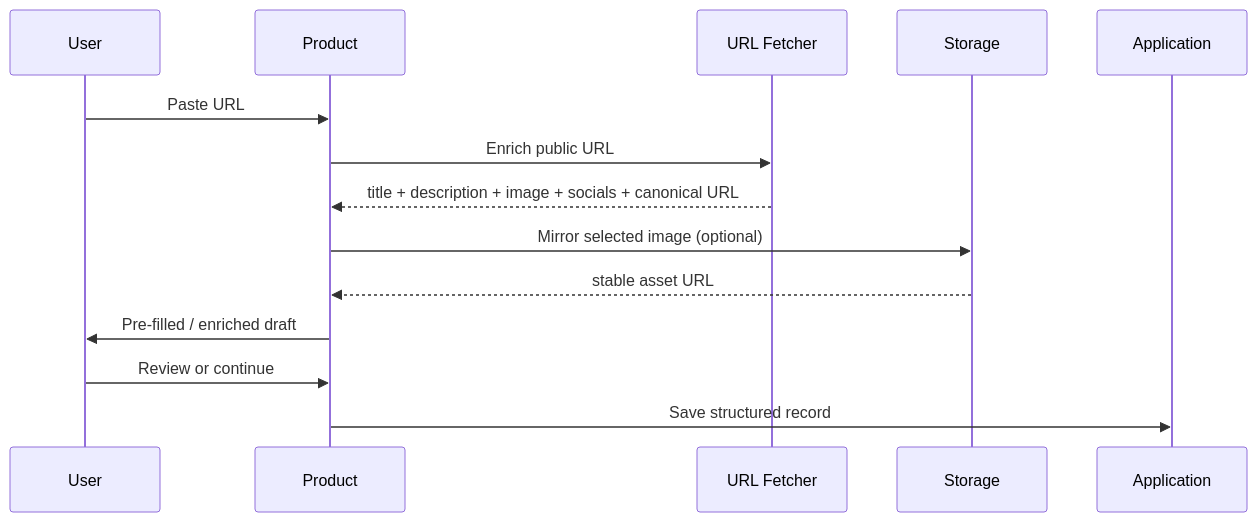
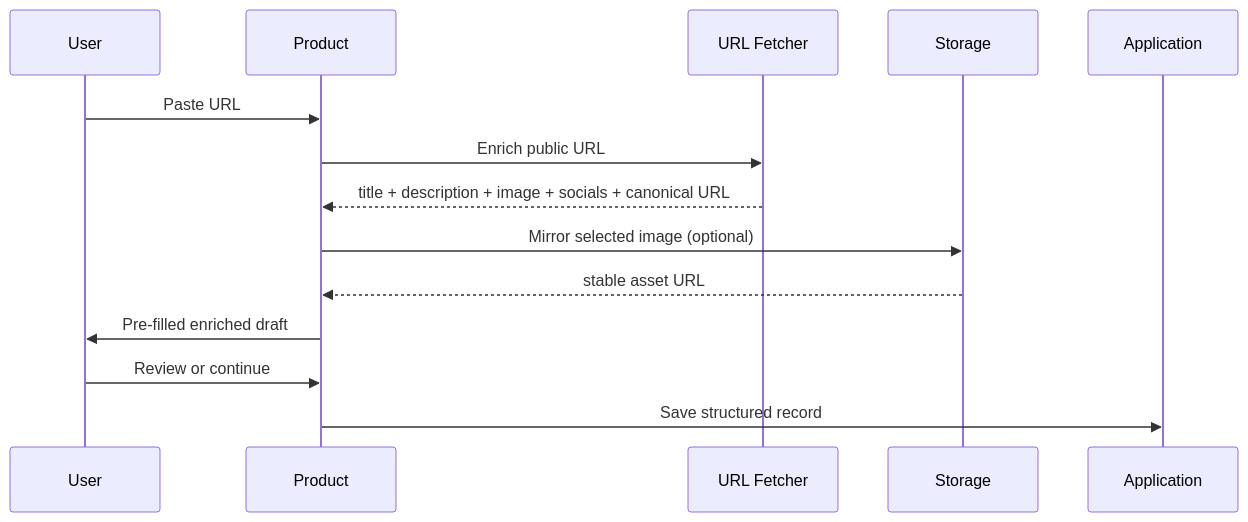
The second of 2 diagrams in README.md (vpicciuolo/url-metadata-social-fetcher), drawn with Mermaid before and after one commit. The commit also changed other lines of this file and 8 other files, not shown here.

````diff
--- a/README.md
+++ b/README.md
@@ -151,16 +205,16 @@
 ```mermaid
 sequenceDiagram
   participant U as User
   participant P as Product
   participant F as URL Fetcher
   participant S as Storage
   participant A as Application
   U->>P: Paste URL
   P->>F: Enrich public URL
   F-->>P: title + description + image + socials + canonical URL
   P->>S: Mirror selected image (optional)
   S-->>P: stable asset URL
-  P->>U: Pre-filled / enriched draft
+  P->>U: Pre-filled enriched draft
   U->>P: Review or continue
   P->>A: Save structured record
 ```
````
